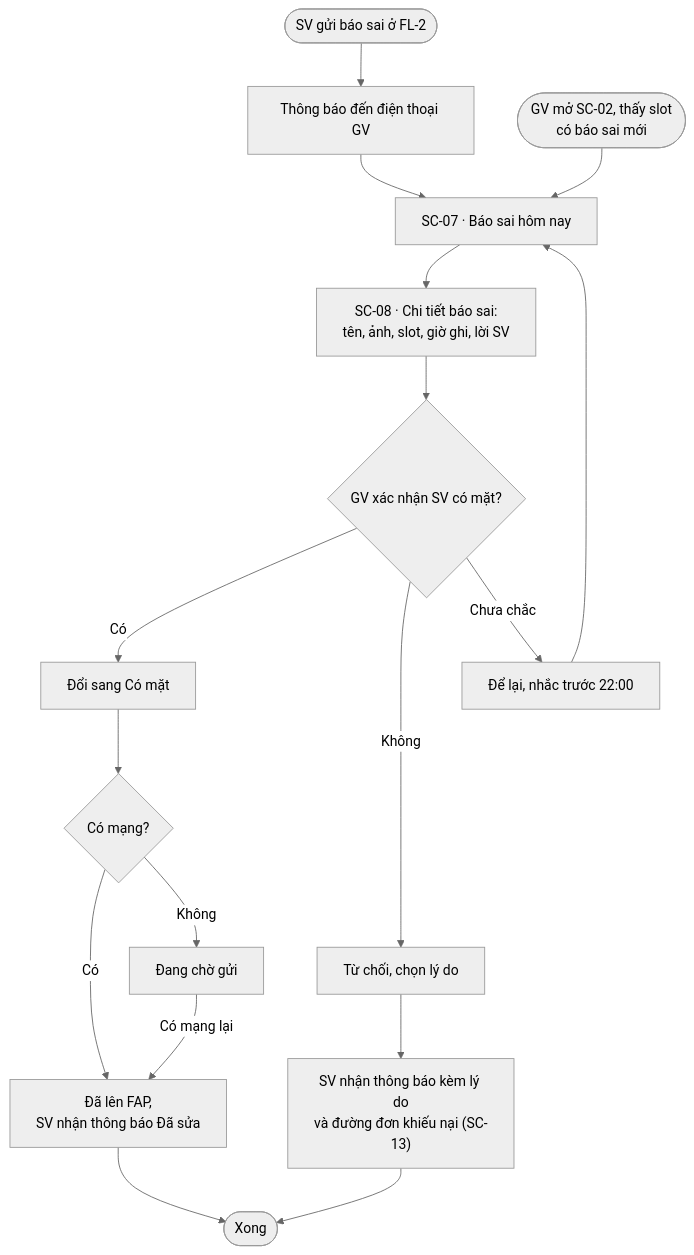
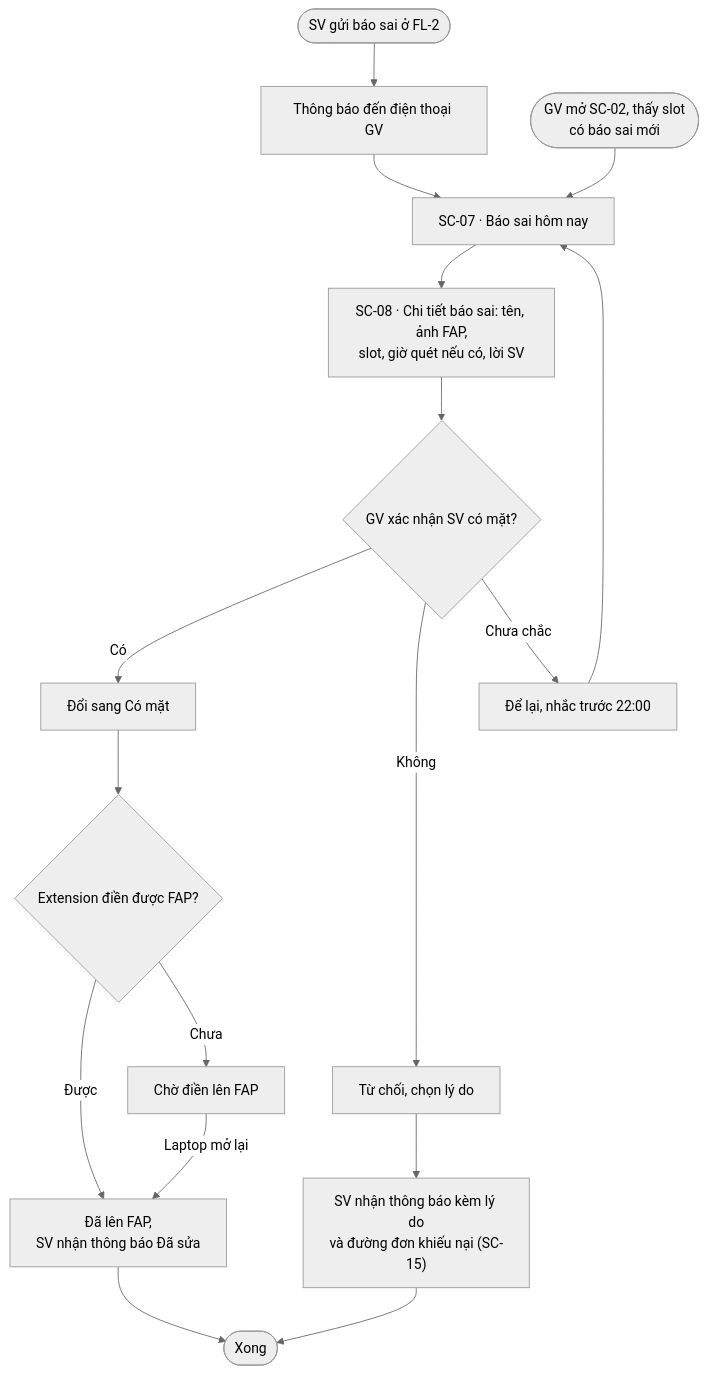
One commit to thiengthb/prm323-lab2-SE190533-archieve changed the fourth of 4 diagrams in ux/user-flow.md. Above: the diagram before and after it, drawn with Mermaid (neutral theme). The commit also changed other lines of this file and 3 other files, not shown here.

First line of the commit message:
Rewrite lecturer flow for projected QR attendance (D-19)

````diff
--- a/ux/user-flow.md
+++ b/ux/user-flow.md
@@ -133,19 +161,19 @@
 ```mermaid
 flowchart TD
     A([SV gửi báo sai ở FL-2]) --> B["Thông báo đến điện thoại GV"]
     B --> C["SC-07 · Báo sai hôm nay"]
     A2([GV mở SC-02, thấy slot<br/>có báo sai mới]) --> C
-    C --> D["SC-08 · Chi tiết báo sai:<br/>tên, ảnh, slot, giờ ghi, lời SV"]
+    C --> D["SC-08 · Chi tiết báo sai: tên, ảnh FAP,<br/>slot, giờ quét nếu có, lời SV"]
     D --> E{"GV xác nhận SV có mặt?"}
     E -->|Có| F["Đổi sang Có mặt"]
-    F --> G{"Có mạng?"}
-    G -->|Có| H["Đã lên FAP,<br/>SV nhận thông báo Đã sửa"]
-    G -->|Không| I["Đang chờ gửi"]
-    I -->|Có mạng lại| H
+    F --> G{"Extension điền được FAP?"}
+    G -->|Được| H["Đã lên FAP,<br/>SV nhận thông báo Đã sửa"]
+    G -->|Chưa| I["Chờ điền lên FAP"]
+    I -->|Laptop mở lại| H
     E -->|Không| J["Từ chối, chọn lý do"]
-    J --> K["SV nhận thông báo kèm lý do<br/>và đường đơn khiếu nại (SC-13)"]
+    J --> K["SV nhận thông báo kèm lý do<br/>và đường đơn khiếu nại (SC-15)"]
     E -->|Chưa chắc| L["Để lại, nhắc trước 22:00"]
     L --> C
     H --> M([Xong])
     K --> M
 ```
````
